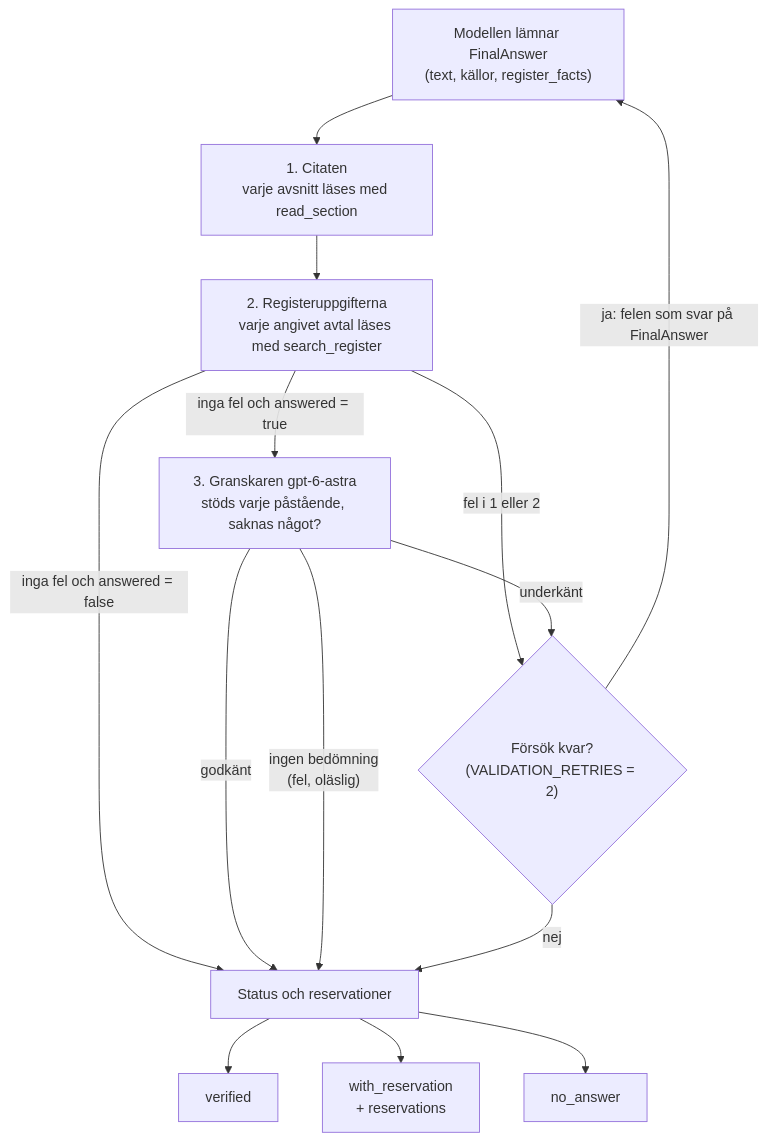
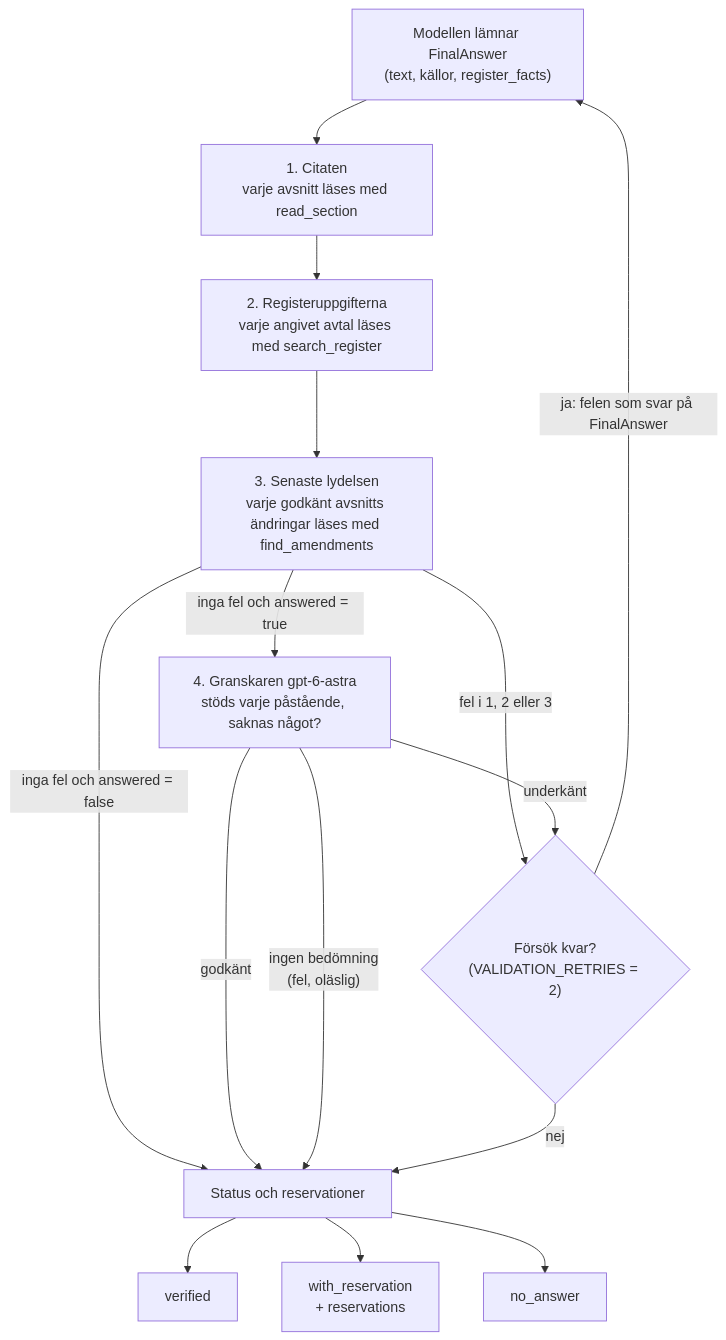
Before and after one commit to SimonG11/Avtalsanalys-Agent: the diagram in docs/steg/08-validering.md, drawn with Mermaid. The commit also changed other lines of this file and 40 other files, not shown here.

````diff
--- a/docs/steg/08-validering.md
+++ b/docs/steg/08-validering.md
@@ -66,16 +66,17 @@
 ```mermaid
 flowchart TD
     M["Modellen lämnar FinalAnswer<br/>(text, källor, register_facts)"] --> C["1. Citaten<br/>varje avsnitt läses med read_section"]
     C --> R["2. Registeruppgifterna<br/>varje angivet avtal läses med search_register"]
-    R -- "fel i 1 eller 2" --> F
-    R -- "inga fel och answered = true" --> G["3. Granskaren gpt-6-astra<br/>stöds varje påstående, saknas något?"]
-    R -- "inga fel och answered = false" --> S
+    R --> L["3. Senaste lydelsen<br/>varje godkänt avsnitts ändringar läses med find_amendments"]
+    L -- "fel i 1, 2 eller 3" --> F
+    L -- "inga fel och answered = true" --> G["4. Granskaren gpt-6-astra<br/>stöds varje påstående, saknas något?"]
+    L -- "inga fel och answered = false" --> S
     G -- "underkänt" --> F{"Försök kvar?<br/>(VALIDATION_RETRIES = 2)"}
     G -- "godkänt" --> S["Status och reservationer"]
     G -- "ingen bedömning<br/>(fel, oläslig)" --> S
     F -- "ja: felen som svar på FinalAnswer" --> M
     F -- "nej" --> S
     S --> V["verified"]
     S --> W["with_reservation<br/>+ reservations"]
     S --> N["no_answer"]
 ```
````
